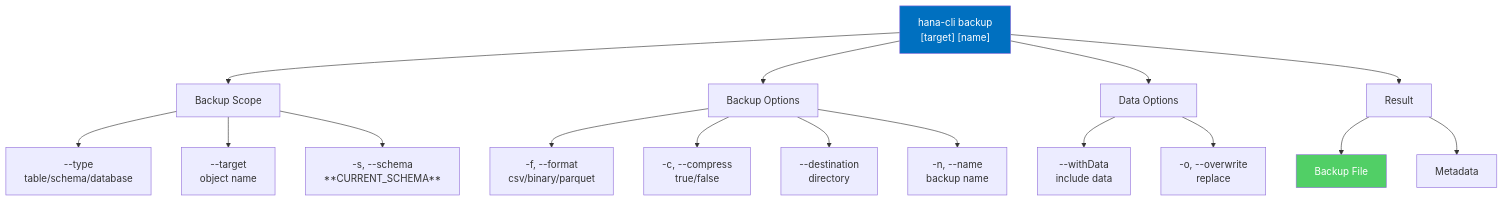
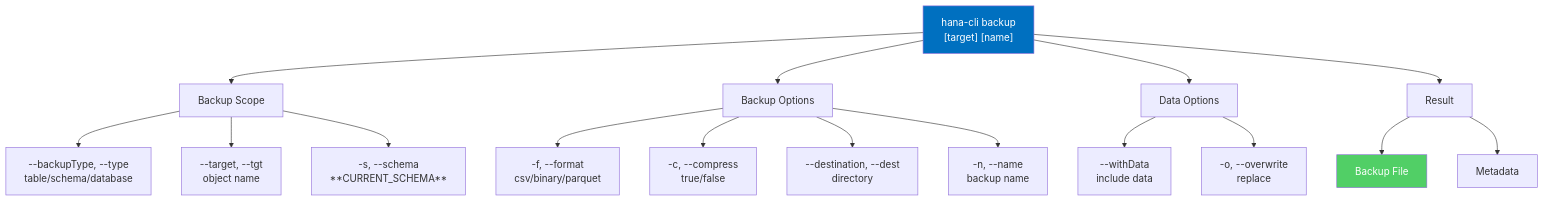
One commit to SAP-samples/hana-developer-cli-tool-example changed diagram 13 of 26 in docs/99-reference/command-reference.md. Above: the diagram before and after it, drawn with Mermaid. The commit also changed other lines of this file and 10 other files, not shown here.

````diff
--- a/docs/99-reference/command-reference.md
+++ b/docs/99-reference/command-reference.md
@@ -487,24 +493,24 @@
 ```mermaid
 graph TD
     A["hana-cli backup<br/>[target] [name]"] --> B["Backup Scope"]
-    B --> B1["--type<br/>table/schema/database"]
-    B --> B2["--target<br/>object name"]
+    B --> B1["--backupType, --type<br/>table/schema/database"]
+    B --> B2["--target, --tgt<br/>object name"]
     B --> B3["-s, --schema<br/>**CURRENT_SCHEMA**"]
     
     A --> C["Backup Options"]
     C --> C1["-f, --format<br/>csv/binary/parquet"]
     C --> C2["-c, --compress<br/>true/false"]
-    C --> C3["--destination<br/>directory"]
+    C --> C3["--destination, --dest<br/>directory"]
     C --> C4["-n, --name<br/>backup name"]
     
     A --> D["Data Options"]
     D --> D1["--withData<br/>include data"]
     D --> D2["-o, --overwrite<br/>replace"]
     
     A --> E["Result"]
     E --> E1["Backup File"]
     E --> E2["Metadata"]
     
     style A fill:#0070C0,color:#fff
     style E1 fill:#51CF66,color:#fff
 ```
````
